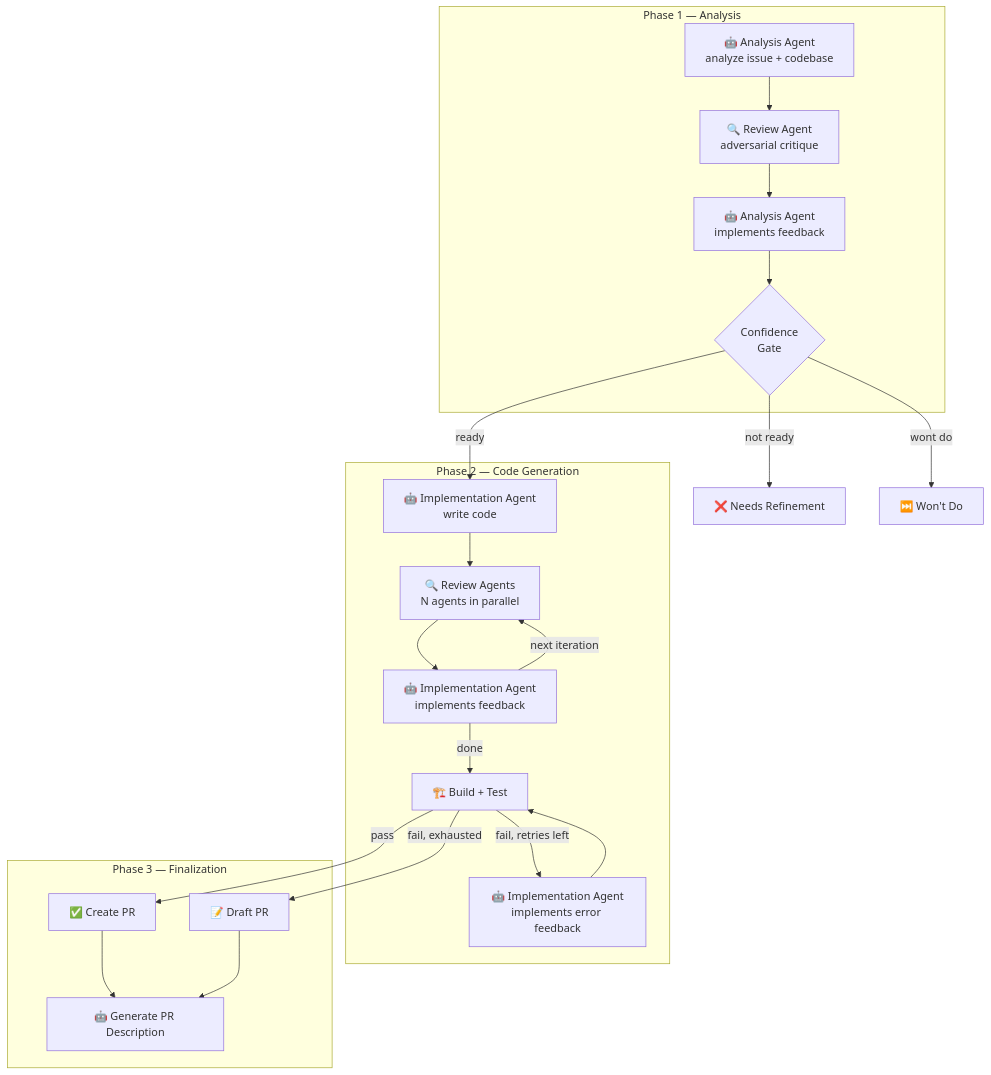
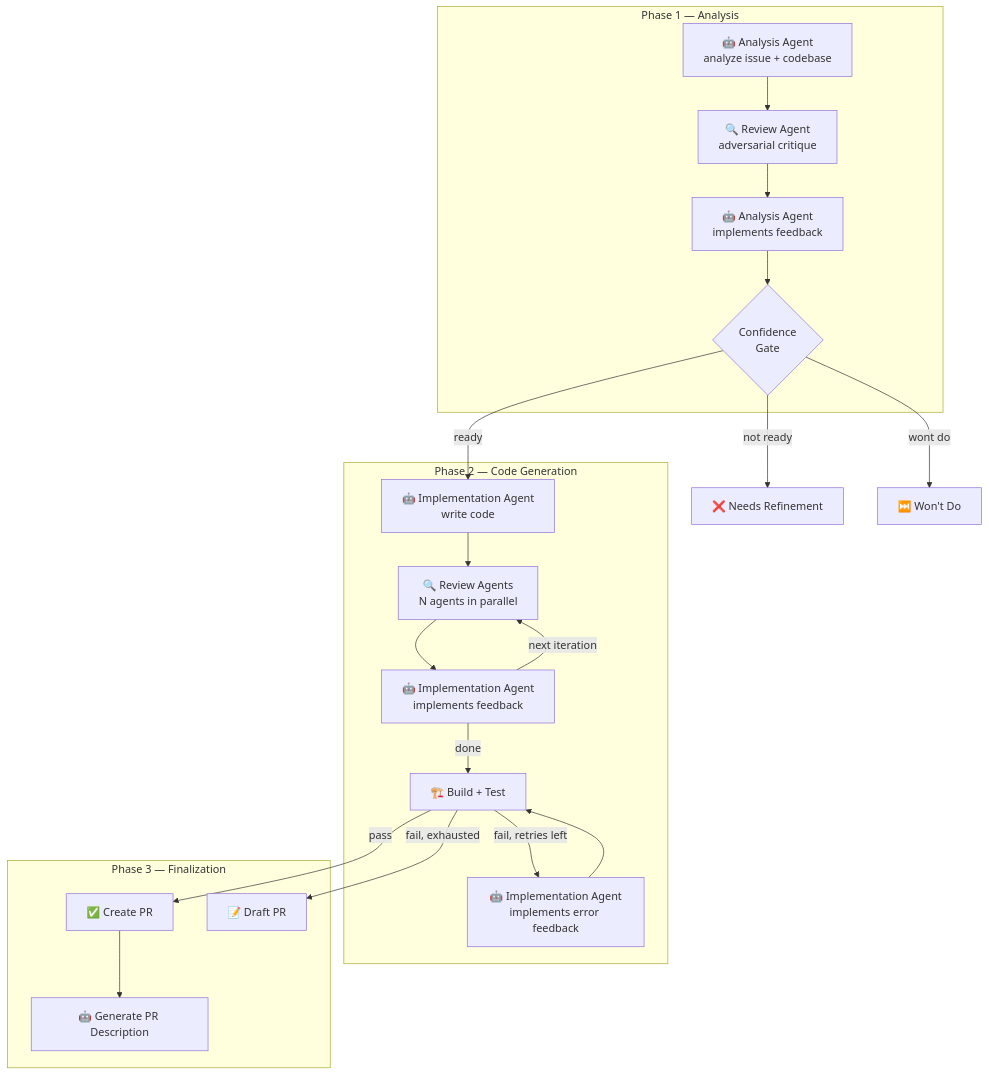
Before and after one commit to Chemsorly/coding-agent-automation: the first of 3 diagrams in README.md, drawn with Mermaid. The commit also changed other lines of this file and 18 other files, not shown here.

````diff
--- a/README.md
+++ b/README.md
@@ -38,44 +39,43 @@
 ```mermaid
 flowchart TD
     subgraph Phase1["Phase 1 — Analysis"]
         A1[🤖 Analysis Agent<br/>analyze issue + codebase]
         A2[🔍 Review Agent<br/>adversarial critique]
         A3[🤖 Analysis Agent<br/>implements feedback]
         A5{Confidence<br/>Gate}
 
         A1 --> A2
         A2 --> A3
         A3 --> A5
     end
 
     A5 -->|not ready| FAIL1[❌ Needs Refinement]
     A5 -->|wont do| SKIP[⏭️ Won't Do]
     A5 -->|ready| B1
 
     subgraph Phase2["Phase 2 — Code Generation"]
         B1[🤖 Implementation Agent<br/>write code]
         C1[🔍 Review Agents<br/>N agents in parallel]
         C2[🤖 Implementation Agent<br/>implements feedback]
         D1[🏗️ Build + Test]
         D2[🤖 Implementation Agent<br/>implements error feedback]
 
         B1 --> C1
         C1 --> C2
         C2 -->|next iteration| C1
         C2 -->|done| D1
         D1 -->|fail, retries left| D2
         D2 --> D1
     end
 
     D1 -->|pass| E1
     D1 -->|fail, exhausted| E2
 
     subgraph Phase3["Phase 3 — Finalization"]
         E1[✅ Create PR]
         E2[📝 Draft PR]
         E3[🤖 Generate PR Description]
 
         E1 --> E3
-        E2 --> E3
     end
 ```
````
